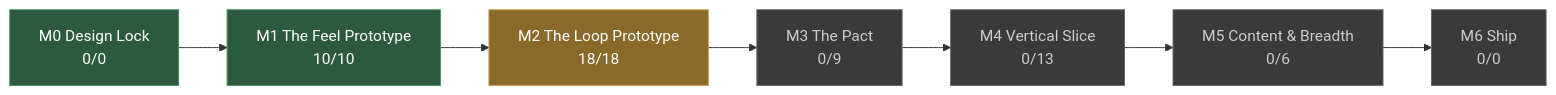
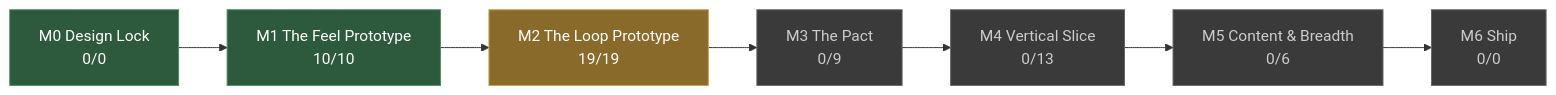
The diagram in docs/STATUS.md (JoshuaGessner/she), drawn with Mermaid before and after one commit. The commit also changed other lines of this file and 11 other files, not shown here.

````diff
--- a/docs/STATUS.md
+++ b/docs/STATUS.md
@@ -13,19 +13,19 @@
 ```mermaid
 flowchart LR
   M0["M0 Design Lock<br/>0/0"]:::passed
   M1["M1 The Feel Prototype<br/>10/10"]:::passed
   M0 --> M1
-  M2["M2 The Loop Prototype<br/>18/18"]:::current
+  M2["M2 The Loop Prototype<br/>19/19"]:::current
   M1 --> M2
   M3["M3 The Pact<br/>0/9"]:::ahead
   M2 --> M3
   M4["M4 Vertical Slice<br/>0/13"]:::ahead
   M3 --> M4
   M5["M5 Content & Breadth<br/>0/6"]:::ahead
   M4 --> M5
   M6["M6 Ship<br/>0/0"]:::ahead
   M5 --> M6
   classDef passed fill:#2d5a3d,stroke:#4a8a5f,color:#fff
   classDef current fill:#8a6a2a,stroke:#c8a04a,color:#fff
   classDef ahead fill:#3a3a3a,stroke:#666,color:#ccc
 ```
````
